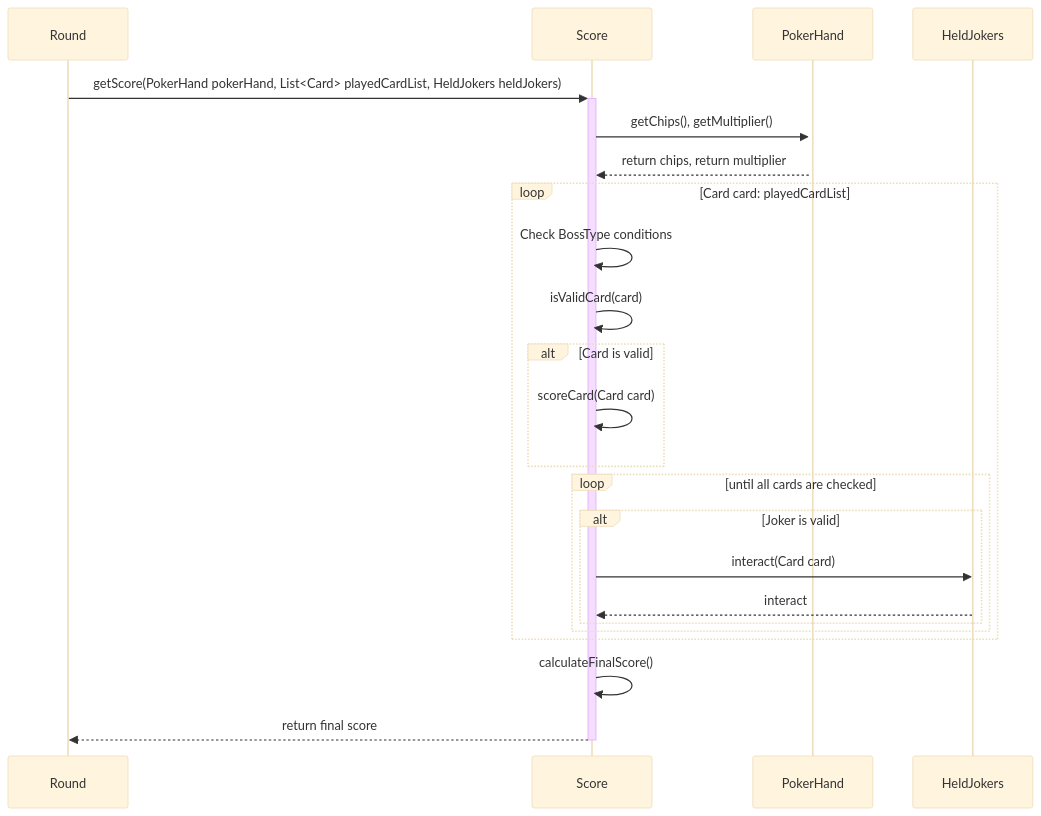
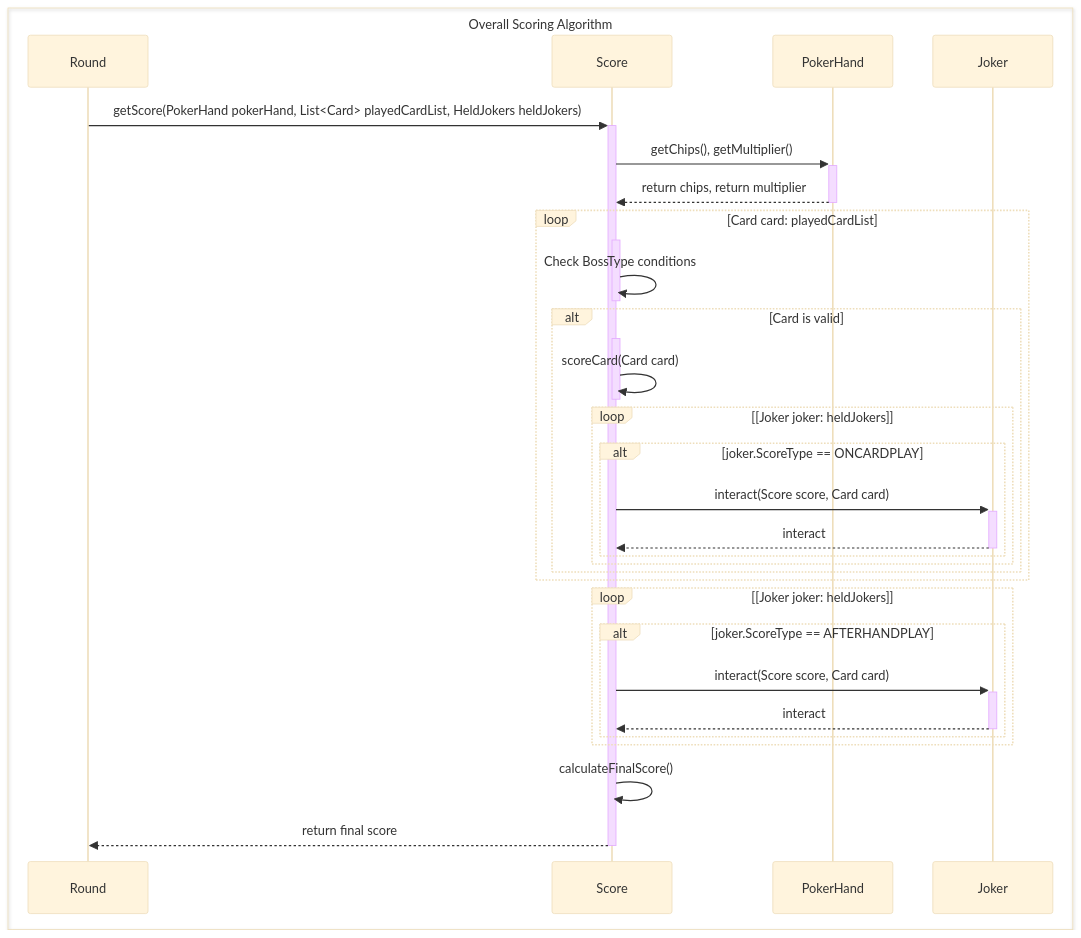
One commit to jwyk/tp changed diagram 17 of 17 in docs/DeveloperGuide.md. Above: the diagram before and after it, drawn with Mermaid (base theme). The commit also changed other lines of this file, not shown here.

Commit message:
Add more detailed breakdown of scoring algorithm through sequence diagrams

````diff
--- a/docs/DeveloperGuide.md
+++ b/docs/DeveloperGuide.md
@@ -647,31 +711,37 @@
 ```mermaid
 sequenceDiagram
+box transparent Overall Scoring Algorithm
     participant Round
     participant Score
     participant PokerHand
-    participant HeldJokers
-
+    participant Joker
+end
     Round->>+Score: getScore(PokerHand pokerHand, List<Card> playedCardList, HeldJokers heldJokers)
     Score->>+PokerHand: getChips(), getMultiplier()
-    PokerHand-->>Score: return chips, return multiplier
+    PokerHand-->>-Score: return chips, return multiplier
     loop Card card: playedCardList
+        activate Score
         Score->>Score: Check BossType conditions
-        Score->>Score: isValidCard(card)
+        deactivate Score
         alt Card is valid
+            activate Score
             Score->>Score: scoreCard(Card card)
-        end
-        loop until all cards are checked
-            alt Joker is valid
-                Score->>HeldJokers: interact(Card card)
-                HeldJokers-->>Score: interact
+            deactivate Score
+            loop [Joker joker: heldJokers]
+                alt joker.ScoreType == ONCARDPLAY
+                    Score->>+Joker: interact(Score score, Card card)
+                    Joker-->>-Score: interact
+                end
             end
         end
     end
-%%    loop until all jokers are checked
-%%        Score->>HeldJokers: Apply Joker effects
-%%    end
+    loop [Joker joker: heldJokers]
+        alt joker.ScoreType == AFTERHANDPLAY
+            Score->>+Joker: interact(Score score, Card card)
+            Joker-->>-Score: interact
+        end
+    end
     Score->>Score: calculateFinalScore()
     Score-->>-Round: return final score
-    
 
 ```
````
